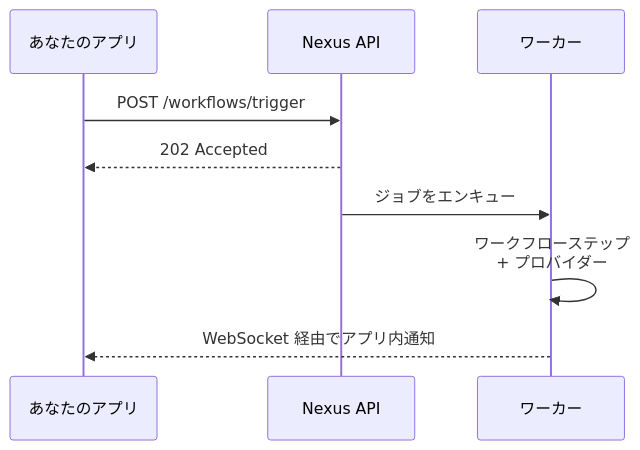
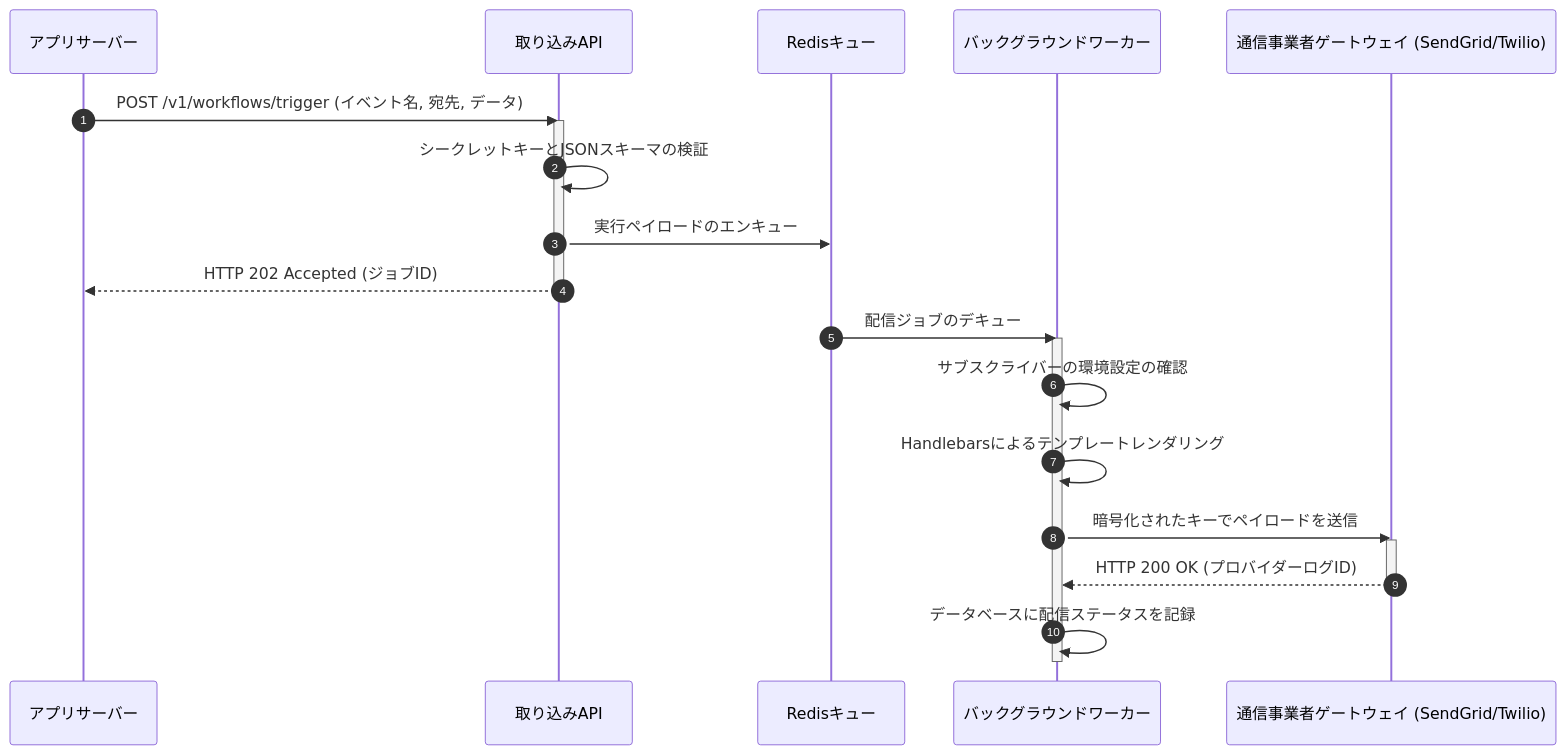
Before and after one commit to KriyanshKhunt/nexus_docs: the diagram in content/docs/ja/platform/getting-started/index.mdx, drawn with Mermaid. The commit also changed other lines of this file and 23 other files, not shown here.

````diff
--- a/content/docs/ja/platform/getting-started/index.mdx
+++ b/content/docs/ja/platform/getting-started/index.mdx
@@ -34,12 +52,27 @@
 ```mermaid
 sequenceDiagram
-  participant App as あなたのアプリ
-  participant API as Nexus API
-  participant W as ワーカー
+    autonumber
+    participant App as アプリサーバー
+    participant API as 取り込みAPI
+    participant Q as Redisキュー
+    participant Worker as バックグラウンドワーカー
+    participant Carrier as 通信事業者ゲートウェイ (SendGrid/Twilio)
 
-  App->>API: POST /workflows/trigger
-  API-->>App: 202 Accepted
-  API->>W: ジョブをエンキュー
-  W->>W: ワークフローステップ<br/>+ プロバイダー
-  W-->>App: WebSocket 経由でアプリ内通知
+    App->>API: POST /v1/workflows/trigger (イベント名, 宛先, データ)
+    activate API
+    API->>API: シークレットキーとJSONスキーマの検証
+    API->>Q: 実行ペイロードのエンキュー
+    API-->>App: HTTP 202 Accepted (ジョブID)
+    deactivate API
+
+    Q->>Worker: 配信ジョブのデキュー
+    activate Worker
+    Worker->>Worker: サブスクライバーの環境設定の確認
+    Worker->>Worker: Handlebarsによるテンプレートレンダリング
+    Worker->>Carrier: 暗号化されたキーでペイロードを送信
+    activate Carrier
+    Carrier-->>Worker: HTTP 200 OK (プロバイダーログID)
+    deactivate Carrier
+    Worker->>Worker: データベースに配信ステータスを記録
+    deactivate Worker
 ```
````
